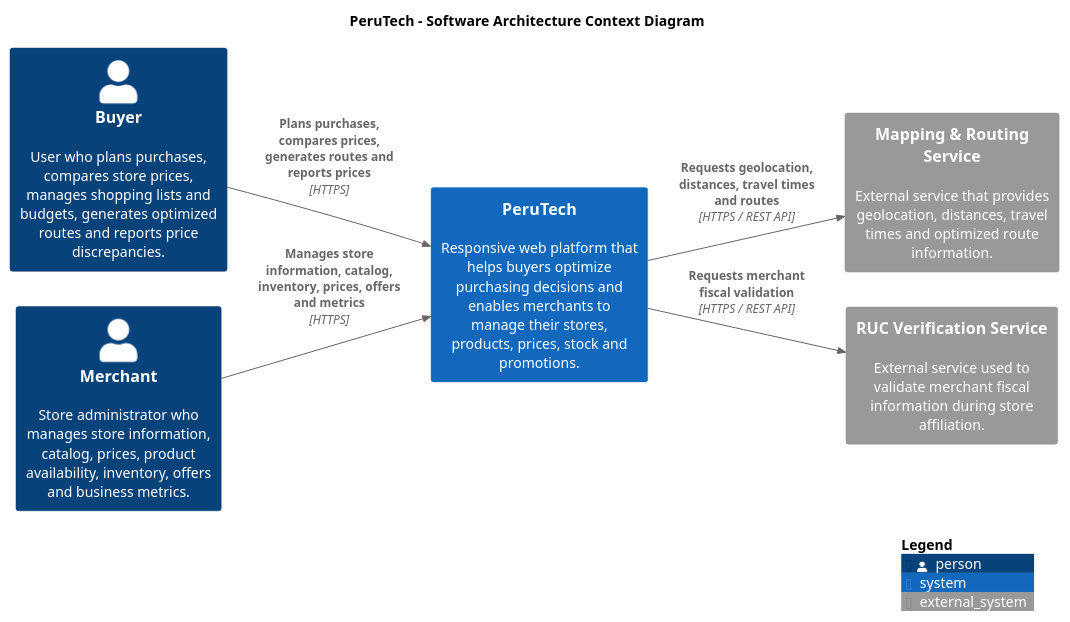
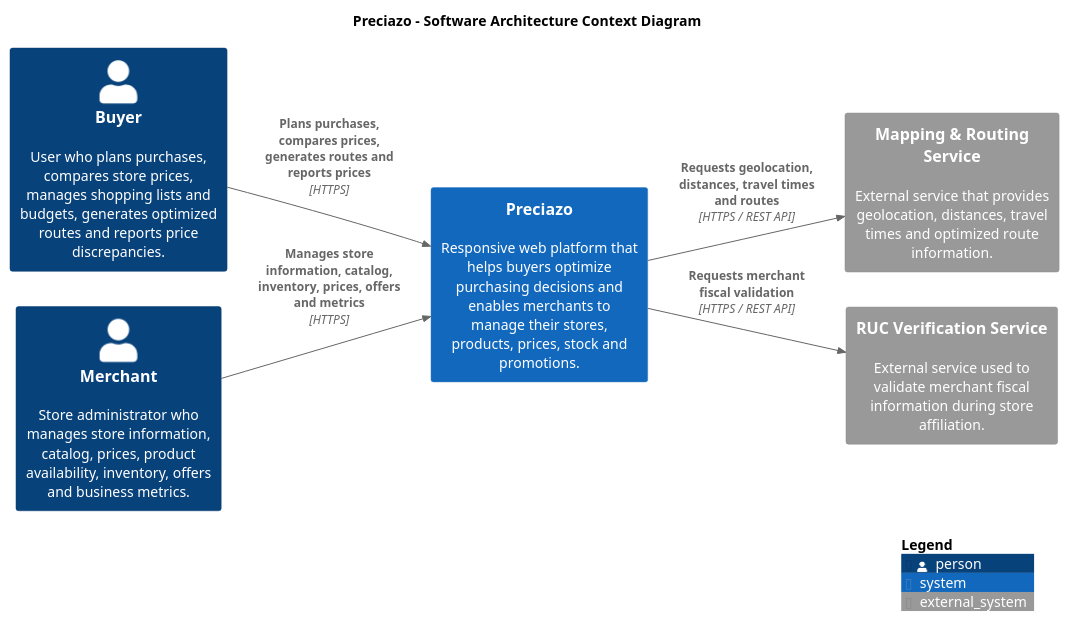
Before and after one commit to Open-Source-1ASI0729-2620-7750/PeruTech-Report: the diagram in docs/architecture/c4-context.puml, drawn with PlantUML.

Commit message:
Rename PeruTech to Preciazo in context diagram

```diff
--- a/docs/architecture/c4-context.puml
+++ b/docs/architecture/c4-context.puml
@@ -1,29 +1,29 @@
-@startuml PeruTech_C4_Context
+@startuml Preciazo_C4_Context
 
 !include <C4/C4_Context>
 
 LAYOUT_LEFT_RIGHT()
 
-title PeruTech - Software Architecture Context Diagram
+title Preciazo - Software Architecture Context Diagram
 
 Person(buyer, "Buyer", "User who plans purchases, compares store prices, manages shopping lists and budgets, generates optimized routes and reports price discrepancies.")
 
 Person(merchant, "Merchant", "Store administrator who manages store information, catalog, prices, product availability, inventory, offers and business metrics.")
 
-System(perutech, "PeruTech", "Responsive web platform that helps buyers optimize purchasing decisions and enables merchants to manage their stores, products, prices, stock and promotions.")
+System(preciazo, "Preciazo", "Responsive web platform that helps buyers optimize purchasing decisions and enables merchants to manage their stores, products, prices, stock and promotions.")
 
 System_Ext(routing, "Mapping & Routing Service", "External service that provides geolocation, distances, travel times and optimized route information.")
 
 System_Ext(ruc, "RUC Verification Service", "External service used to validate merchant fiscal information during store affiliation.")
 
-Rel(buyer, perutech, "Plans purchases, compares prices, generates routes and reports prices", "HTTPS")
+Rel(buyer, preciazo, "Plans purchases, compares prices, generates routes and reports prices", "HTTPS")
 
-Rel(merchant, perutech, "Manages store information, catalog, inventory, prices, offers and metrics", "HTTPS")
+Rel(merchant, preciazo, "Manages store information, catalog, inventory, prices, offers and metrics", "HTTPS")
 
-Rel(perutech, routing, "Requests geolocation, distances, travel times and routes", "HTTPS / REST API")
+Rel(preciazo, routing, "Requests geolocation, distances, travel times and routes", "HTTPS / REST API")
 
-Rel(perutech, ruc, "Requests merchant fiscal validation", "HTTPS / REST API")
+Rel(preciazo, ruc, "Requests merchant fiscal validation", "HTTPS / REST API")
 
 SHOW_LEGEND()
 
 @enduml
```
